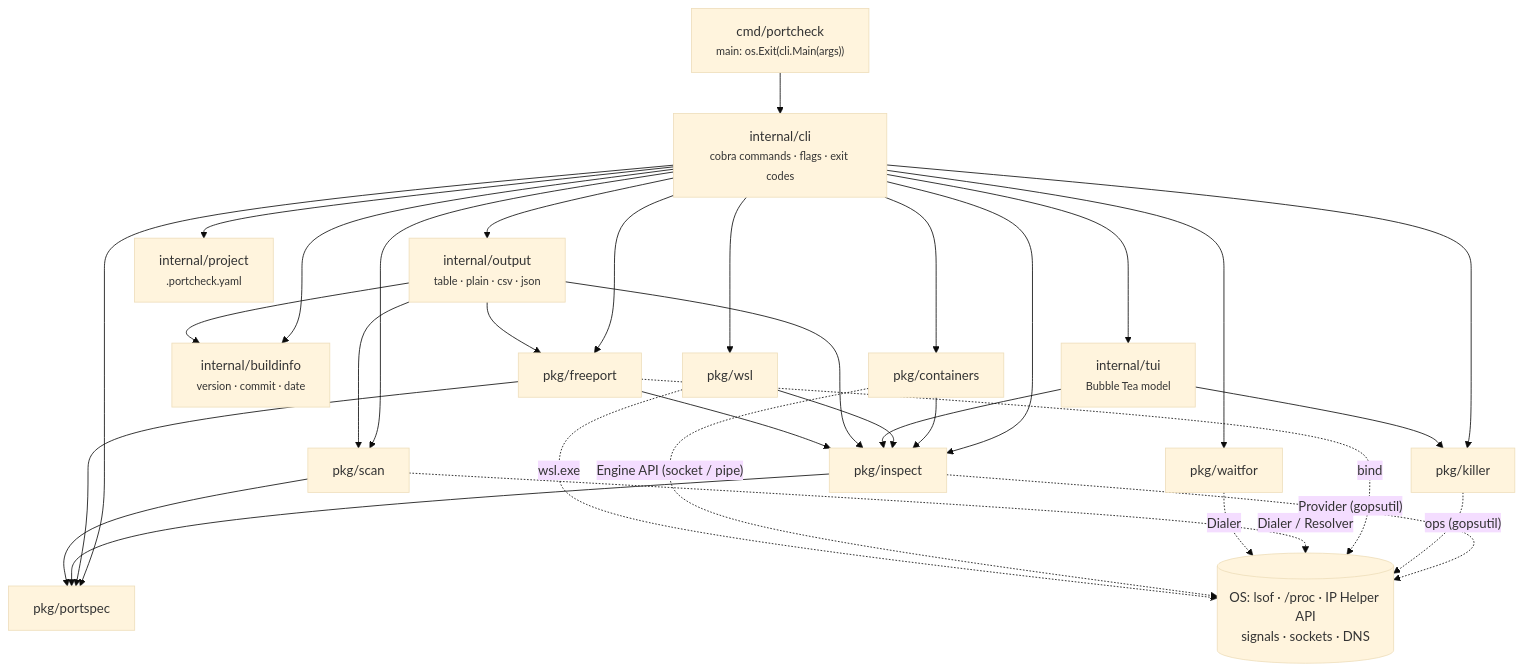
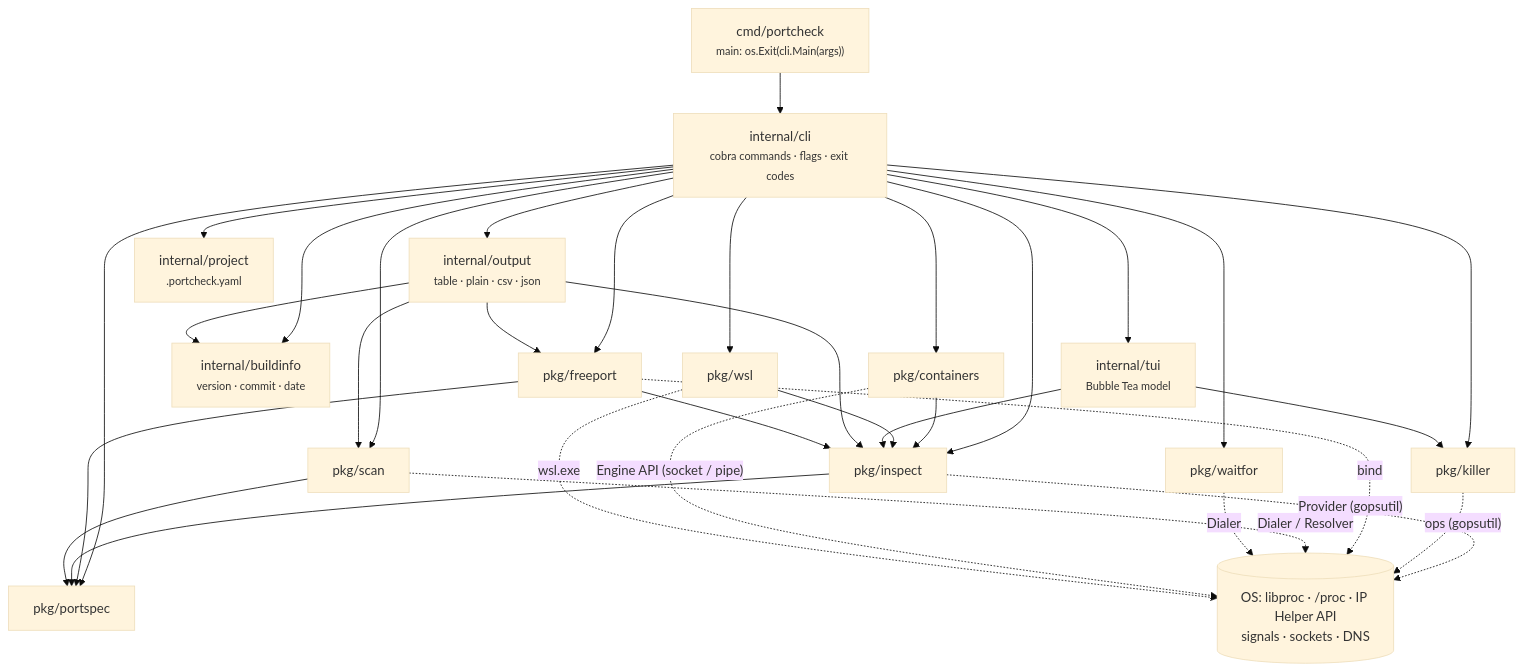
One commit to roystondwork-dev/portcheck changed the first of 2 diagrams in docs/architecture.md. Above: the diagram before and after it, drawn with Mermaid (base theme). The commit also changed other lines of this file and 7 other files, not shown here.

Commit message:
docs: ADR-0003 native macOS sockets; update permissions, architecture and tasks

````diff
--- a/docs/architecture.md
+++ b/docs/architecture.md
@@ -5,38 +5,38 @@
 ```mermaid
 flowchart TD
     main["cmd/portcheck<br/><small>main: os.Exit(cli.Main(args))</small>"]
     cli["internal/cli<br/><small>cobra commands · flags · exit codes</small>"]
     out["internal/output<br/><small>table · plain · csv · json</small>"]
     tui["internal/tui<br/><small>Bubble Tea model</small>"]
     bi["internal/buildinfo<br/><small>version · commit · date</small>"]
     proj["internal/project<br/><small>.portcheck.yaml</small>"]
     portspec["pkg/portspec"]
     inspect["pkg/inspect"]
     freeport["pkg/freeport"]
     killer["pkg/killer"]
     scan["pkg/scan"]
     waitfor["pkg/waitfor"]
     containers["pkg/containers"]
     wslpkg["pkg/wsl"]
-    os[("OS: lsof · /proc · IP Helper API<br/>signals · sockets · DNS")]
+    os[("OS: libproc · /proc · IP Helper API<br/>signals · sockets · DNS")]
 
     main --> cli
     cli --> out & tui & bi & proj
     out --> bi
     cli --> portspec & inspect & freeport & killer & scan & waitfor & containers
     containers --> inspect
     cli --> wslpkg
     wslpkg --> inspect
     tui --> inspect & killer
     out --> inspect & freeport & scan
     freeport --> inspect & portspec
     inspect --> portspec
     scan --> portspec
     inspect -. "Provider (gopsutil)" .-> os
     killer -. "ops (gopsutil)" .-> os
     freeport -. "bind" .-> os
     scan -. "Dialer / Resolver" .-> os
     waitfor -. "Dialer" .-> os
     containers -. "Engine API (socket / pipe)" .-> os
     wslpkg -. "wsl.exe" .-> os
 ```
````
